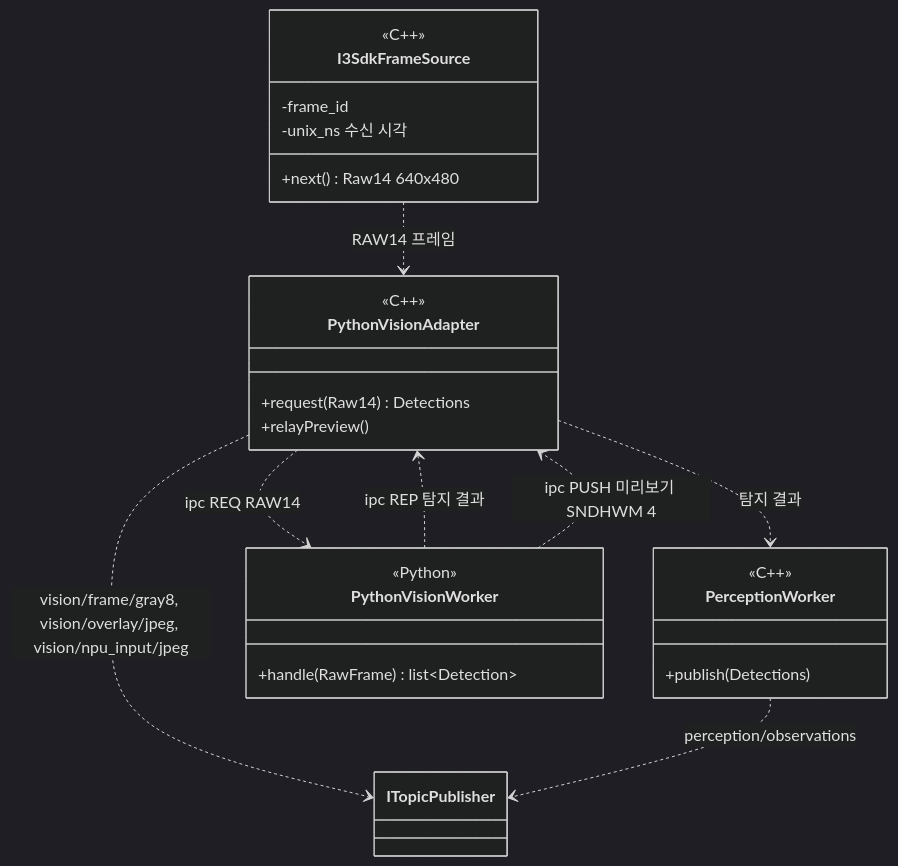
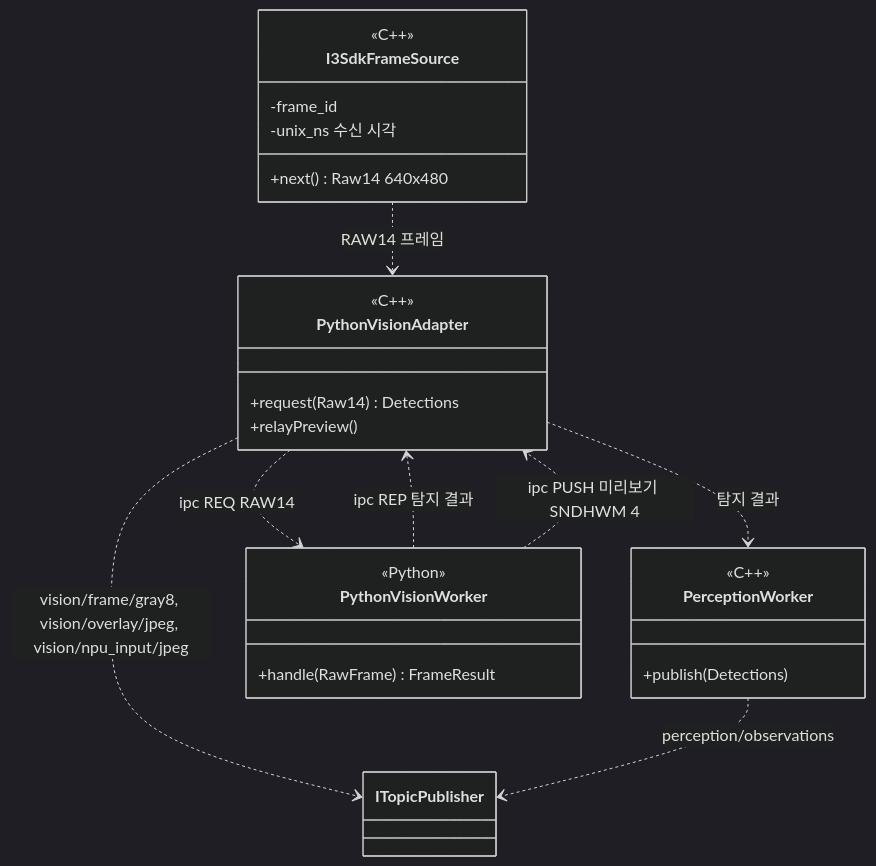
One commit to lig-argus/argus-edge-vision changed the first of 2 diagrams in docs/design/uml/class_vision.md. Above: the diagram before and after it, drawn with Mermaid (dark theme). The commit also changed other lines of this file and 43 other files, not shown here.

````diff
--- a/docs/design/uml/class_vision.md
+++ b/docs/design/uml/class_vision.md
@@ -12,30 +12,30 @@
 ```mermaid
 classDiagram
     class I3SdkFrameSource {
         <<C++>>
         +next() Raw14 640x480
         -frame_id
         -unix_ns 수신 시각
     }
     class PythonVisionAdapter {
         <<C++>>
         +request(Raw14) Detections
         +relayPreview()
     }
     class PerceptionWorker {
         <<C++>>
         +publish(Detections)
     }
     class PythonVisionWorker {
         <<Python>>
-        +handle(RawFrame) list~Detection~
+        +handle(RawFrame) FrameResult
     }
 
     I3SdkFrameSource ..> PythonVisionAdapter : RAW14 프레임
     PythonVisionAdapter ..> PythonVisionWorker : ipc REQ RAW14
     PythonVisionWorker ..> PythonVisionAdapter : ipc REP 탐지 결과
     PythonVisionWorker ..> PythonVisionAdapter : ipc PUSH 미리보기 SNDHWM 4
     PythonVisionAdapter ..> PerceptionWorker : 탐지 결과
     PythonVisionAdapter ..> ITopicPublisher : vision/frame/gray8, vision/overlay/jpeg, vision/npu_input/jpeg
     PerceptionWorker ..> ITopicPublisher : perception/observations
 ```
````
